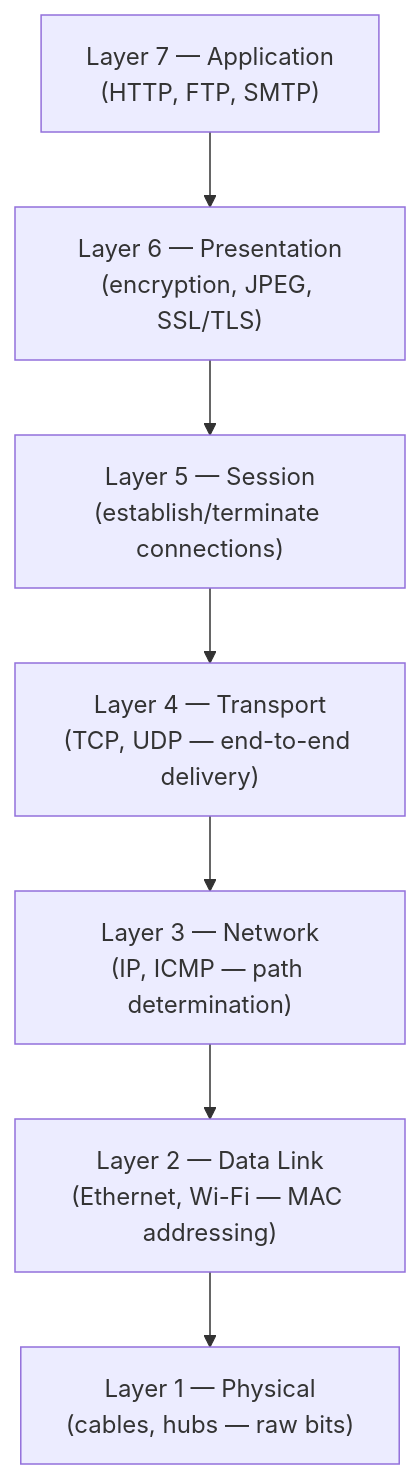
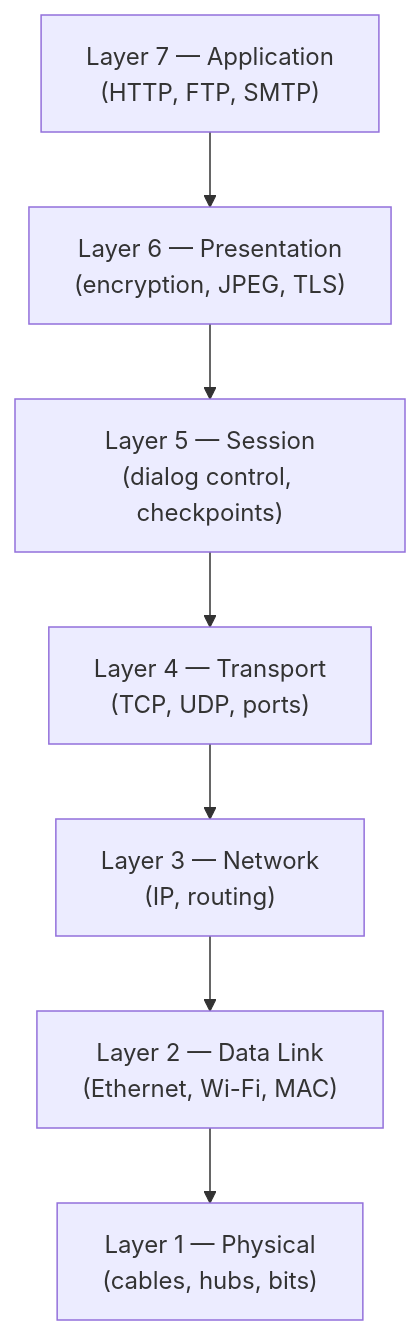
Before and after one commit to neerajaj96/Tarangam-app-v2: the third of 8 diagrams in content/PCCST501/m1_02_protocol_layering_and_osi_tcpip.md, drawn with Mermaid. The commit also changed other lines of this file and 3 other files, not shown here.

````diff
--- a/content/PCCST501/m1_02_protocol_layering_and_osi_tcpip.md
+++ b/content/PCCST501/m1_02_protocol_layering_and_osi_tcpip.md
@@ -83,11 +215,13 @@
 ```mermaid
 flowchart TB
+    accTitle: The seven OSI layers from application to physical
+    accDescr: Application, presentation, session, transport, network, data link, and physical layers stacked top to bottom.
     L7["Layer 7 — Application<br/>(HTTP, FTP, SMTP)"]
-    L6["Layer 6 — Presentation<br/>(encryption, JPEG, SSL/TLS)"]
-    L5["Layer 5 — Session<br/>(establish/terminate connections)"]
-    L4["Layer 4 — Transport<br/>(TCP, UDP — end-to-end delivery)"]
-    L3["Layer 3 — Network<br/>(IP, ICMP — path determination)"]
-    L2["Layer 2 — Data Link<br/>(Ethernet, Wi-Fi — MAC addressing)"]
-    L1["Layer 1 — Physical<br/>(cables, hubs — raw bits)"]
+    L6["Layer 6 — Presentation<br/>(encryption, JPEG, TLS)"]
+    L5["Layer 5 — Session<br/>(dialog control, checkpoints)"]
+    L4["Layer 4 — Transport<br/>(TCP, UDP, ports)"]
+    L3["Layer 3 — Network<br/>(IP, routing)"]
+    L2["Layer 2 — Data Link<br/>(Ethernet, Wi-Fi, MAC)"]
+    L1["Layer 1 — Physical<br/>(cables, hubs, bits)"]
     L7 --> L6 --> L5 --> L4 --> L3 --> L2 --> L1
 ```
````
